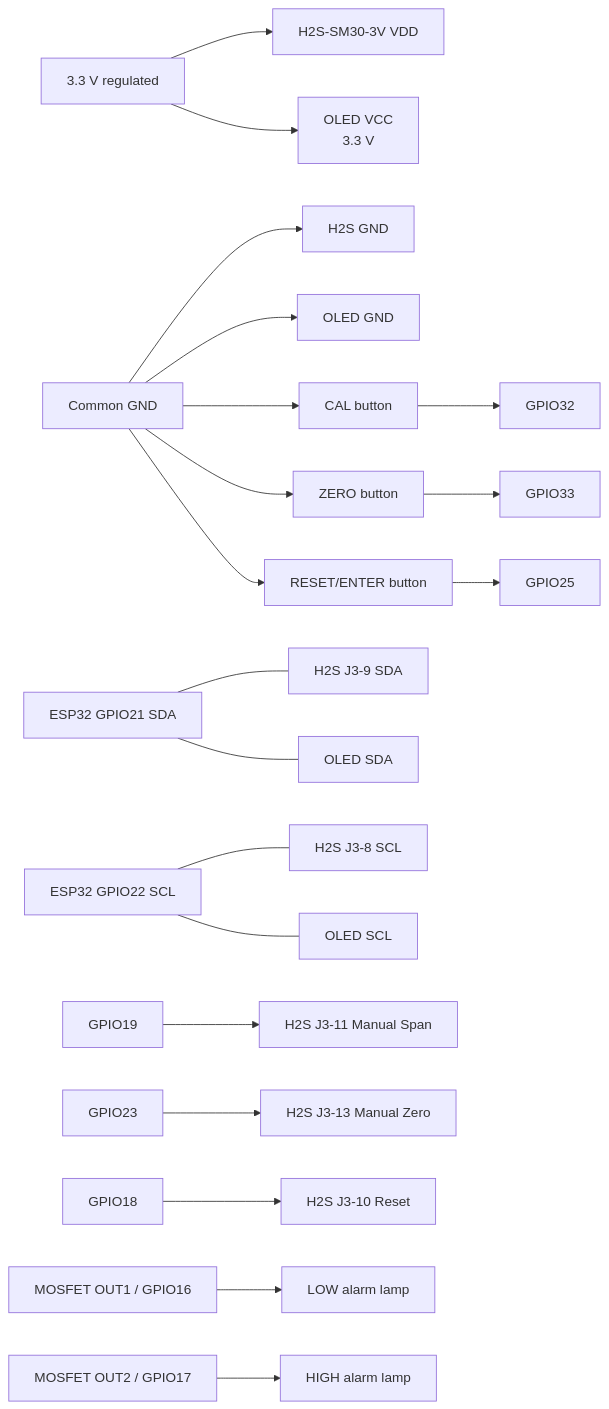
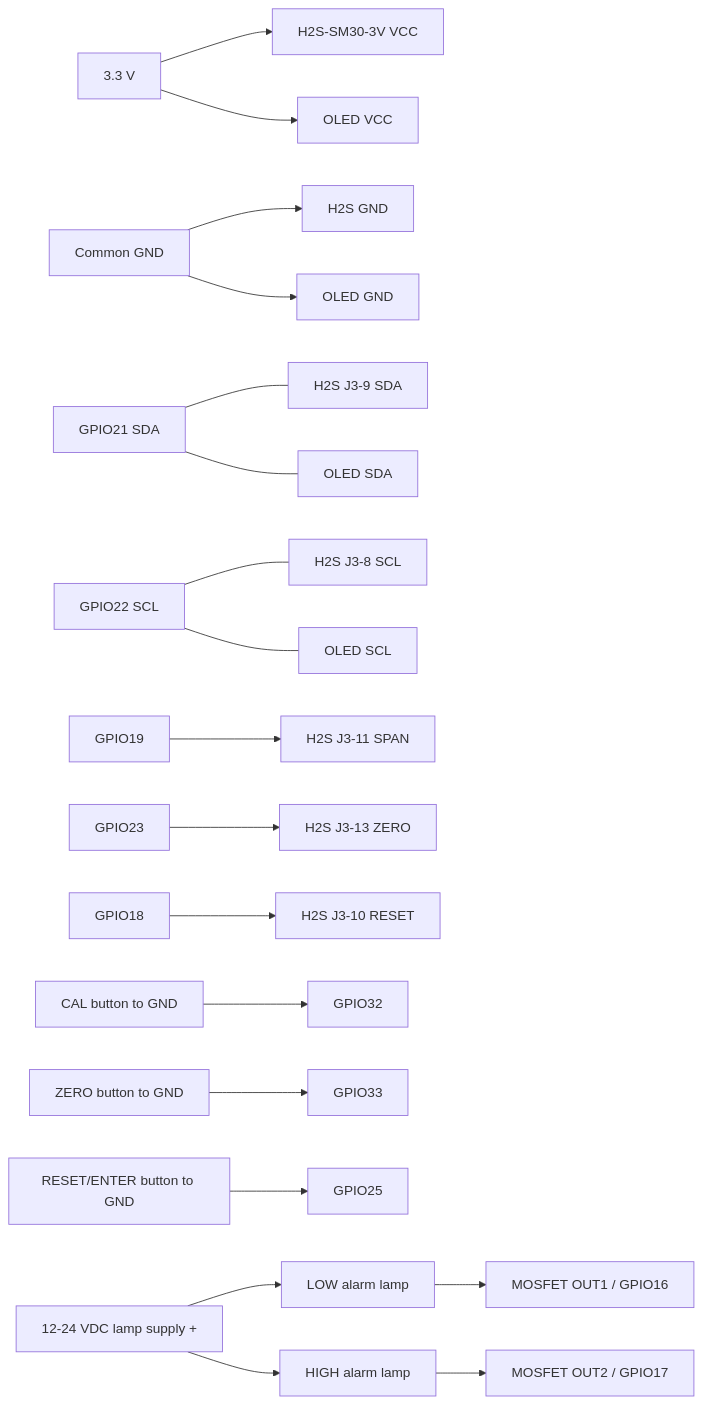
Before and after one commit to homershaw/Sensors: the diagram in README.md, drawn with Mermaid. The commit also changed other lines of this file, not shown here.

Commit message:
docs: update README with high resolution wiring schematic

````diff
--- a/README.md
+++ b/README.md
@@ -39,26 +102,25 @@
 ```mermaid
 flowchart LR
-    PWR[3.3 V regulated] --> H2SVDD[H2S-SM30-3V VDD]
-    PWR --> OLEDV[OLED VCC\n3.3 V]
+    PWR[3.3 V] --> H2SVDD[H2S-SM30-3V VCC]
+    PWR --> OLEDV[OLED VCC]
     GND[Common GND] --> H2SGND[H2S GND]
     GND --> OLEDG[OLED GND]
-    GND --> B1[CAL button]
-    GND --> B2[ZERO button]
-    GND --> B3[RESET/ENTER button]
 
-    ESP21[ESP32 GPIO21 SDA] --- H2SSDA[H2S J3-9 SDA]
+    ESP21[GPIO21 SDA] --- H2SSDA[H2S J3-9 SDA]
     ESP21 --- OLEDSDA[OLED SDA]
-    ESP22[ESP32 GPIO22 SCL] --- H2SSCL[H2S J3-8 SCL]
+    ESP22[GPIO22 SCL] --- H2SSCL[H2S J3-8 SCL]
     ESP22 --- OLEDSCL[OLED SCL]
 
-    ESP19[GPIO19] --> H2SSPAN[H2S J3-11 Manual Span]
-    ESP23[GPIO23] --> H2SZERO[H2S J3-13 Manual Zero]
-    ESP18[GPIO18] --> H2SRESET[H2S J3-10 Reset]
+    ESP19[GPIO19] --> H2SSPAN[H2S J3-11 SPAN]
+    ESP23[GPIO23] --> H2SZERO[H2S J3-13 ZERO]
+    ESP18[GPIO18] --> H2SRESET[H2S J3-10 RESET]
 
-    B1 --> ESP32B1[GPIO32]
-    B2 --> ESP32B2[GPIO33]
-    B3 --> ESP32B3[GPIO25]
+    CAL[CAL button to GND] --> GPIO32[GPIO32]
+    ZERO[ZERO button to GND] --> GPIO33[GPIO33]
+    ENTER[RESET/ENTER button to GND] --> GPIO25[GPIO25]
 
-    MOS1[MOSFET OUT1 / GPIO16] --> LOWLAMP[LOW alarm lamp]
-    MOS2[MOSFET OUT2 / GPIO17] --> HIGHLAMP[HIGH alarm lamp]
+    SUPPLY[12-24 VDC lamp supply +] --> LOWLAMP[LOW alarm lamp]
+    SUPPLY --> HIGHLAMP[HIGH alarm lamp]
+    LOWLAMP --> MOS1[MOSFET OUT1 / GPIO16]
+    HIGHLAMP --> MOS2[MOSFET OUT2 / GPIO17]
 ```
````
